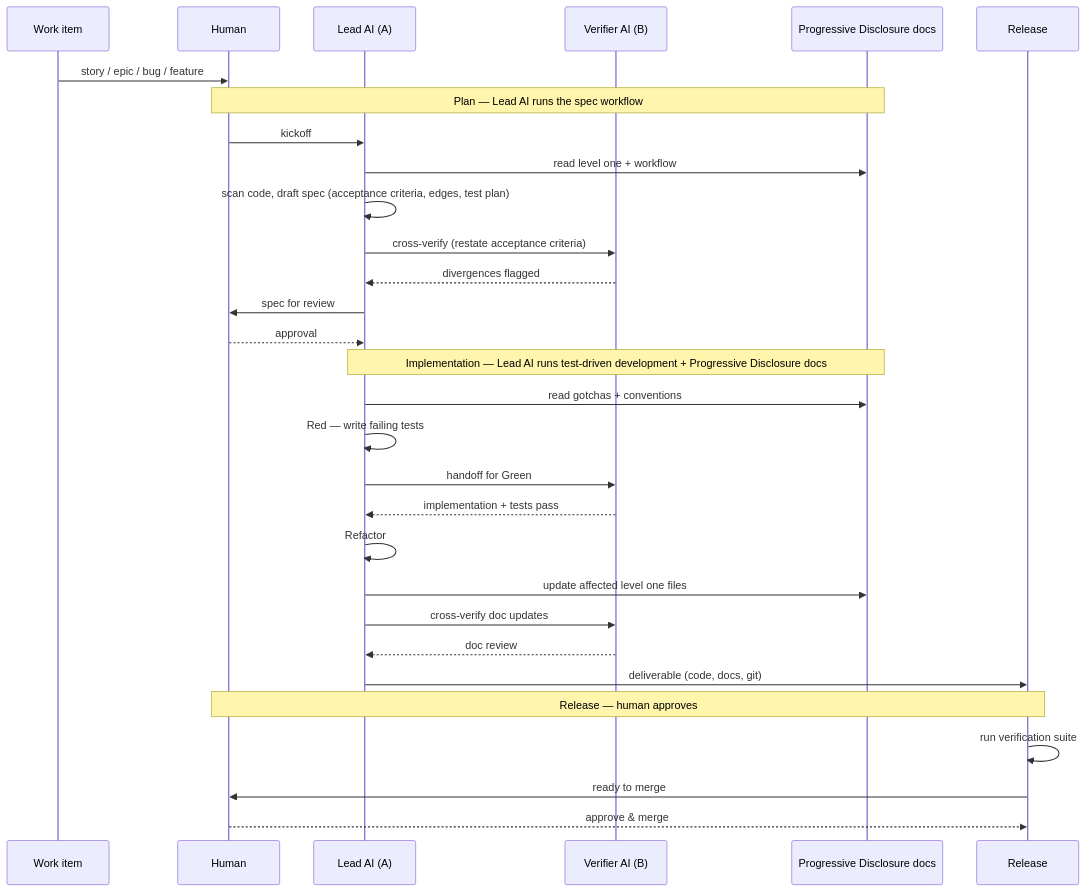
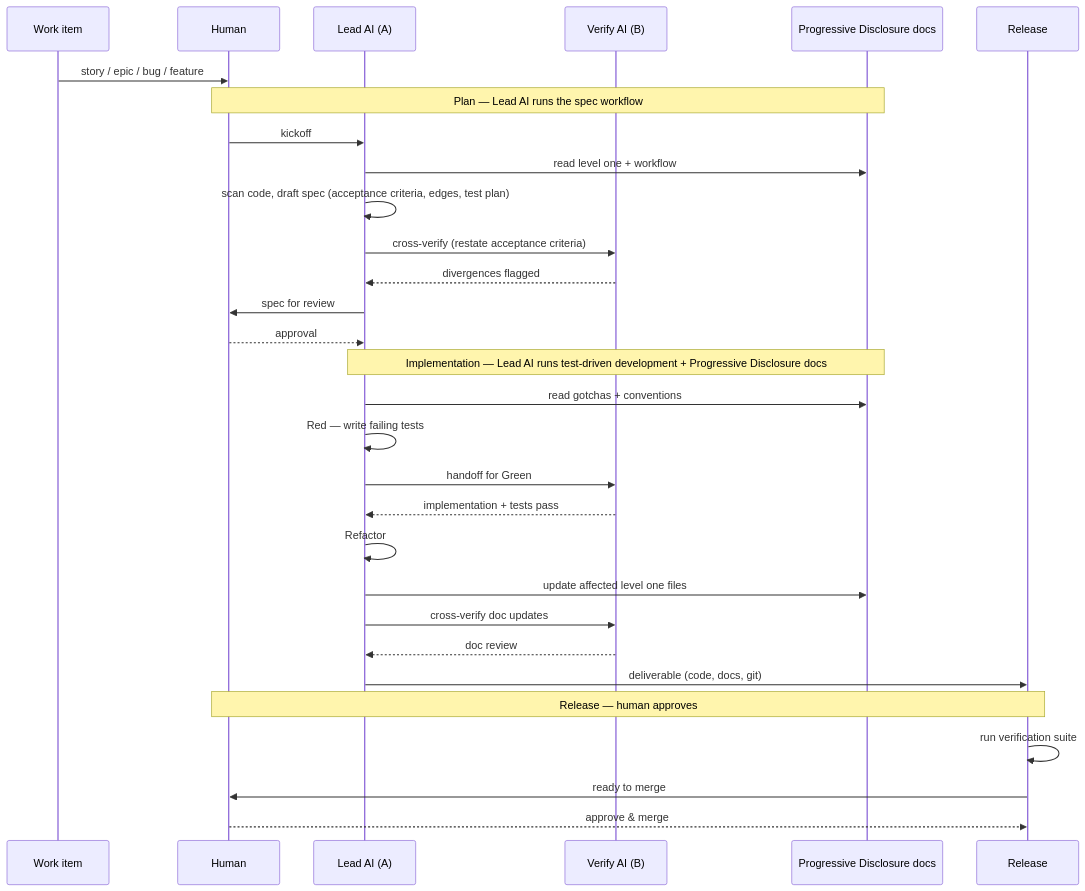
Before and after one commit to AgoraIO-Community/ai-devkit: the diagram in README.md, drawn with Mermaid. The commit also changed other lines of this file and 3 other files, not shown here.

````diff
--- a/README.md
+++ b/README.md
@@ -15,37 +15,37 @@
 ```mermaid
 sequenceDiagram
     participant W as Work item
     participant H as Human
     participant A as Lead AI (A)
-    participant B as Verifier AI (B)
+    participant B as Verify AI (B)
     participant PD as Progressive Disclosure docs
     participant CI as Release
 
     W->>H: story / epic / bug / feature
 
     Note over H,PD: Plan — Lead AI runs the spec workflow
     H->>A: kickoff
     A->>PD: read level one + workflow
     A->>A: scan code, draft spec (acceptance criteria, edges, test plan)
     A->>B: cross-verify (restate acceptance criteria)
     B-->>A: divergences flagged
     A->>H: spec for review
     H-->>A: approval
 
     Note over A,PD: Implementation — Lead AI runs test-driven development + Progressive Disclosure docs
     A->>PD: read gotchas + conventions
     A->>A: Red — write failing tests
     A->>B: handoff for Green
     B-->>A: implementation + tests pass
     A->>A: Refactor
     A->>PD: update affected level one files
     A->>B: cross-verify doc updates
     B-->>A: doc review
 
     A->>CI: deliverable (code, docs, git)
 
     Note over CI,H: Release — human approves
     CI->>CI: run verification suite
     CI->>H: ready to merge
     H-->>CI: approve & merge
 ```
````
